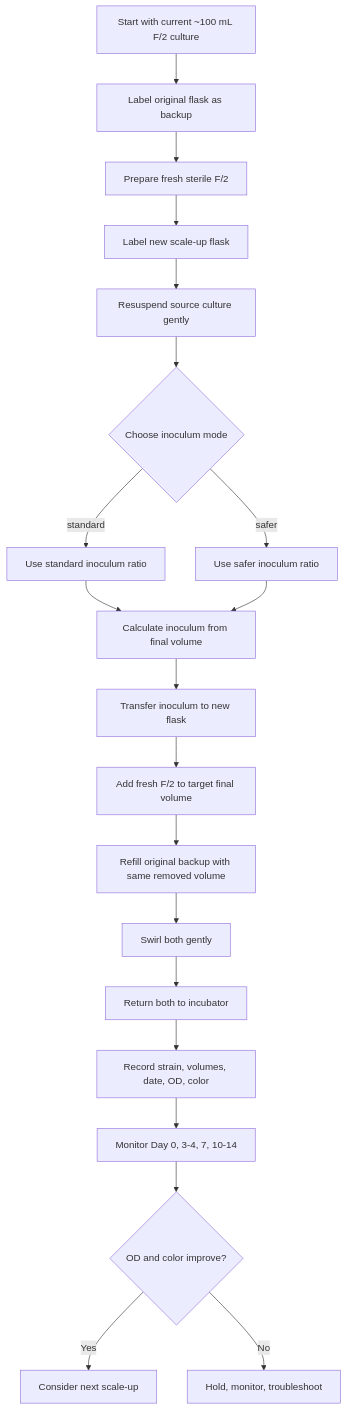
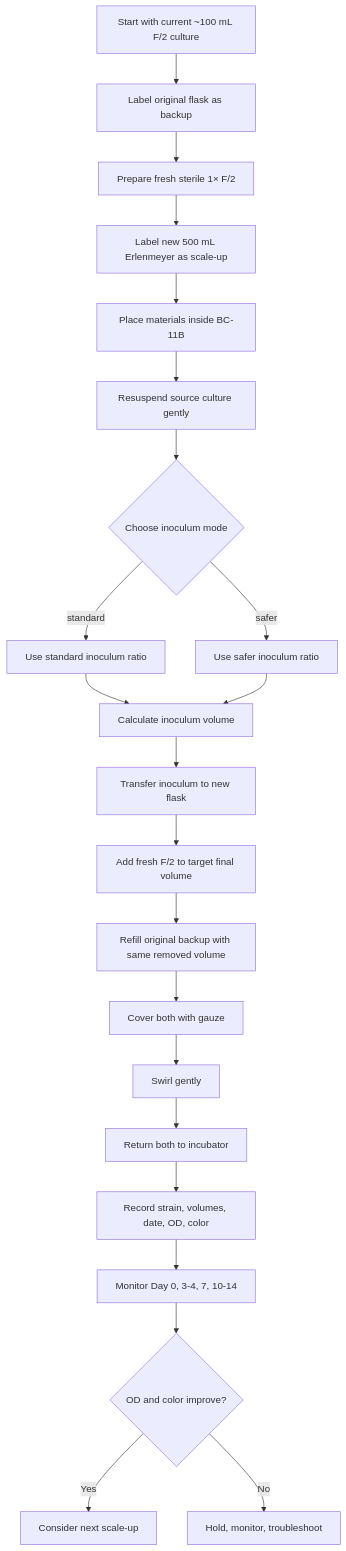
Before and after one commit to CarlosMartinezPenate/Obsidian: the diagram in Dino F2 Medium Scale-Up Protocol.md, drawn with Mermaid. The commit also changed other lines of this file and 5 other files, not shown here.

````diff
--- a/Dino F2 Medium Scale-Up Protocol.md
+++ b/Dino F2 Medium Scale-Up Protocol.md
@@ -173,22 +192,24 @@
 ```mermaid
 flowchart TD
     A[Start with current ~100 mL F/2 culture] --> B[Label original flask as backup]
-    B --> C[Prepare fresh sterile F/2]
-    C --> D[Label new scale-up flask]
-    D --> E[Resuspend source culture gently]
-    E --> F{Choose inoculum mode}
-    F -->|standard| G[Use standard inoculum ratio]
-    F -->|safer| H[Use safer inoculum ratio]
-    G --> I[Calculate inoculum from final volume]
-    H --> I
-    I --> J[Transfer inoculum to new flask]
-    J --> K[Add fresh F/2 to target final volume]
-    K --> L[Refill original backup with same removed volume]
-    L --> M[Swirl both gently]
-    M --> N[Return both to incubator]
-    N --> O[Record strain, volumes, date, OD, color]
-    O --> P[Monitor Day 0, 3-4, 7, 10-14]
-    P --> Q{OD and color improve?}
-    Q -->|Yes| R[Consider next scale-up]
-    Q -->|No| S[Hold, monitor, troubleshoot]
+    B --> C[Prepare fresh sterile 1× F/2]
+    C --> D[Label new 500 mL Erlenmeyer as scale-up]
+    D --> E[Place materials inside BC-11B]
+    E --> F[Resuspend source culture gently]
+    F --> G{Choose inoculum mode}
+    G -->|standard| H[Use standard inoculum ratio]
+    G -->|safer| I[Use safer inoculum ratio]
+    H --> J[Calculate inoculum volume]
+    I --> J
+    J --> K[Transfer inoculum to new flask]
+    K --> L[Add fresh F/2 to target final volume]
+    L --> M[Refill original backup with same removed volume]
+    M --> N[Cover both with gauze]
+    N --> O[Swirl gently]
+    O --> P[Return both to incubator]
+    P --> Q[Record strain, volumes, date, OD, color]
+    Q --> R[Monitor Day 0, 3-4, 7, 10-14]
+    R --> S{OD and color improve?}
+    S -->|Yes| T[Consider next scale-up]
+    S -->|No| U[Hold, monitor, troubleshoot]
 ```
````
